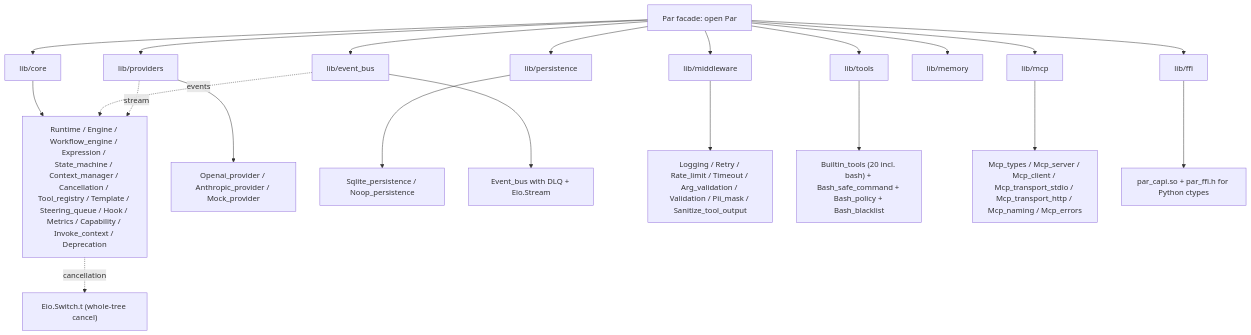
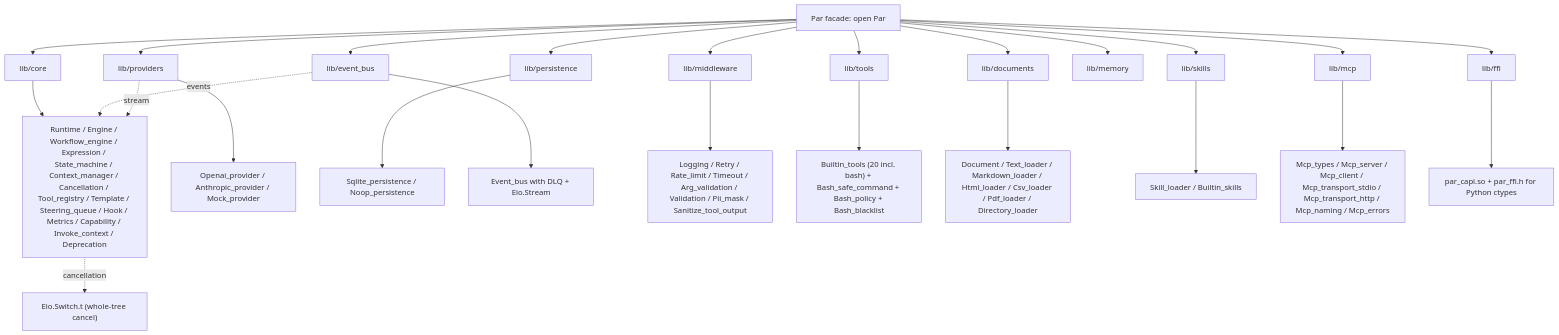
The diagram in docs/sdk/overview.md (jcz2020/par), drawn with Mermaid before and after one commit. The commit also changed other lines of this file and 7 other files, not shown here.

````diff
--- a/docs/sdk/overview.md
+++ b/docs/sdk/overview.md
@@ -25,24 +25,28 @@
 ```mermaid
 graph TD
   P["Par facade: open Par"]
   P --> CORE["lib/core"]
   P --> PROV["lib/providers"]
   P --> PERS["lib/persistence"]
   P --> EVB["lib/event_bus"]
   P --> MID["lib/middleware"]
   P --> TOOL["lib/tools"]
+  P --> DOC["lib/documents"]
   P --> MEM["lib/memory"]
+  P --> SKILL["lib/skills"]
   P --> MCP["lib/mcp"]
   P --> FFI["lib/ffi"]
   CORE --> RT["Runtime / Engine / Workflow_engine / Expression / State_machine / Context_manager / Cancellation / Tool_registry / Template / Steering_queue / Hook / Metrics / Capability / Invoke_context / Deprecation"]
   PROV --> PROV_API["Openai_provider / Anthropic_provider / Mock_provider"]
   PERS --> PERS_API["Sqlite_persistence / Noop_persistence"]
   EVB --> EVB_API["Event_bus with DLQ + Eio.Stream"]
   MID --> MID_API["Logging / Retry / Rate_limit / Timeout / Arg_validation / Validation / Pii_mask / Sanitize_tool_output"]
   TOOL --> TOOL_API["Builtin_tools (20 incl. bash) + Bash_safe_command + Bash_policy + Bash_blacklist"]
+  DOC --> DOC_API["Document / Text_loader / Markdown_loader / Html_loader / Csv_loader / Pdf_loader / Directory_loader"]
+  SKILL --> SKILL_API["Skill_loader / Builtin_skills"]
   MCP --> MCP_API["Mcp_types / Mcp_server / Mcp_client / Mcp_transport_stdio / Mcp_transport_http / Mcp_naming / Mcp_errors"]
   FFI --> FFI_API["par_capi.so + par_ffi.h for Python ctypes"]
   RT -.cancellation.-> EIO["Eio.Switch.t (whole-tree cancel)"]
   EVB -.events.-> RT
   PROV -.stream.-> RT
 ```
````
